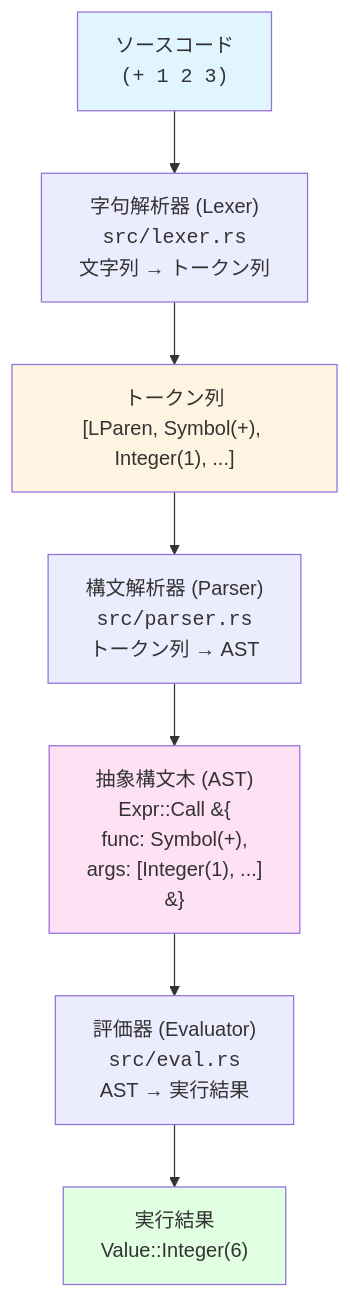
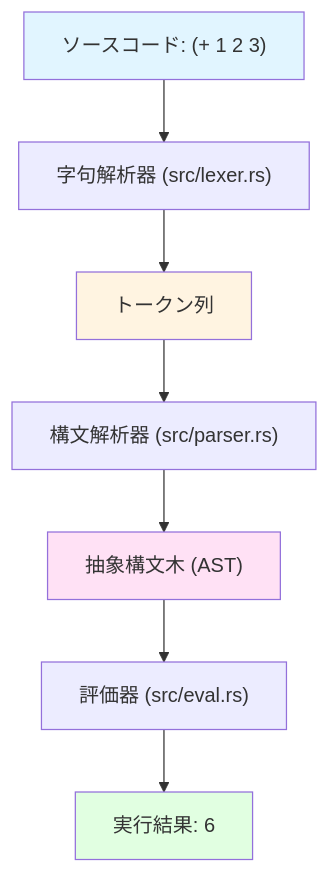
Before and after one commit to sanohiro/qi-lang: the diagram in learning/impl/01-overview.md, drawn with Mermaid. The commit also changed 3 other files, not shown here.

First line of the commit message:
fix: Mermaid記法のHTMLタグを削除してGitHub互換性を向上

````diff
--- a/learning/impl/01-overview.md
+++ b/learning/impl/01-overview.md
@@ -7,22 +7,22 @@
 ```mermaid
 flowchart TD
-    Source["ソースコード<br/><code>(+ 1 2 3)</code>"]
-    Lexer["字句解析器 (Lexer)<br/><code>src/lexer.rs</code><br/>文字列 → トークン列"]
-    Tokens["トークン列<br/>[LParen, Symbol(+), Integer(1), ...]"]
-    Parser["構文解析器 (Parser)<br/><code>src/parser.rs</code><br/>トークン列 → AST"]
-    AST["抽象構文木 (AST)<br/>Expr::Call &#123;<br/>  func: Symbol(+),<br/>  args: [Integer(1), ...]<br/>&#125;"]
-    Evaluator["評価器 (Evaluator)<br/><code>src/eval.rs</code><br/>AST → 実行結果"]
-    Result["実行結果<br/>Value::Integer(6)"]
+    Source["ソースコード: (+ 1 2 3)"]
+    Lexer["字句解析器 (src/lexer.rs)"]
+    Tokens["トークン列"]
+    Parser["構文解析器 (src/parser.rs)"]
+    AST["抽象構文木 (AST)"]
+    Evaluator["評価器 (src/eval.rs)"]
+    Result["実行結果: 6"]
 
     Source --> Lexer
     Lexer --> Tokens
     Tokens --> Parser
     Parser --> AST
     AST --> Evaluator
     Evaluator --> Result
 
     style Source fill:#e1f5ff
     style Tokens fill:#fff4e1
     style AST fill:#ffe1f5
     style Result fill:#e1ffe1
 ```
````
